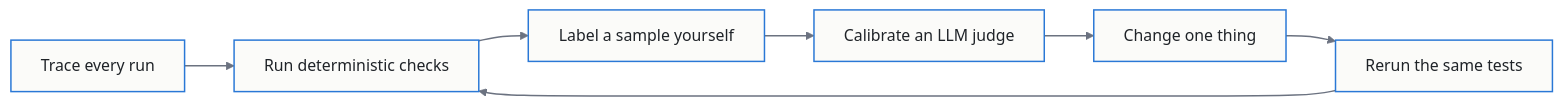
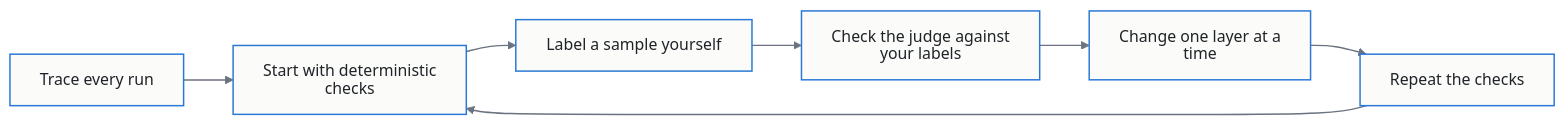
The first of 3 diagrams in README.md (tildahh/openclaw-analysis), drawn with Mermaid before and after one commit. The commit also changed other lines of this file, not shown here.

First line of the commit message:
Follow the loop in section order and tighten the judge sections (#3)

````diff
--- a/README.md
+++ b/README.md
@@ -24,12 +24,12 @@
 ```mermaid
 %%{init: {"htmlLabels": false, "flowchart": {"htmlLabels": false}}}%%
 flowchart LR
-    A["Trace every run"] --> B["Run deterministic checks"]
+    A["Trace every run"] --> B["Start with deterministic checks"]
     B --> C["Label a sample yourself"]
-    C --> D["Calibrate an LLM judge"]
-    D --> E["Change one thing"]
-    E --> F["Rerun the same tests"]
+    C --> D["Check the judge against your labels"]
+    D --> E["Change one layer at a time"]
+    E --> F["Repeat the checks"]
     F --> B
     classDef default fill:#FBFBF9,stroke:#2A78D6,stroke-width:1.5px,color:#1F2328
     linkStyle default stroke:#6B7280,stroke-width:1.5px
 ```
````
